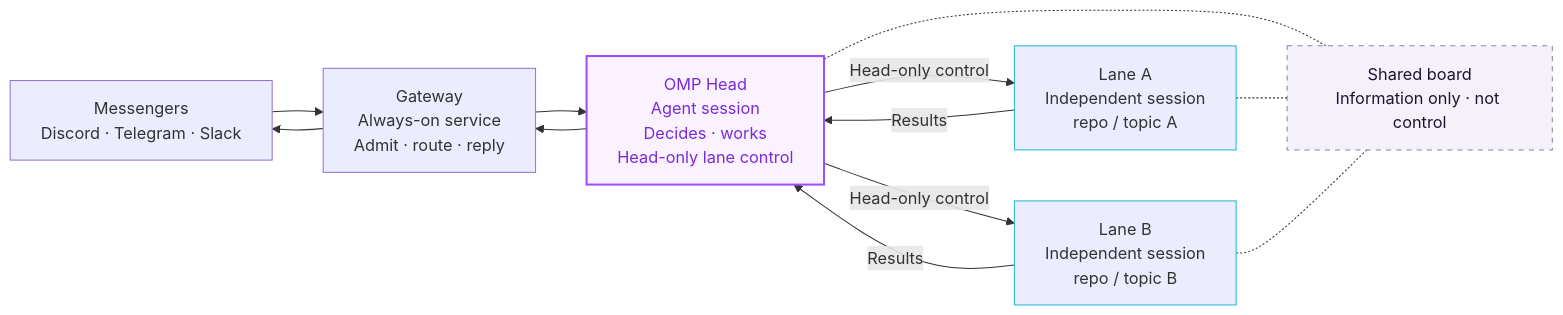
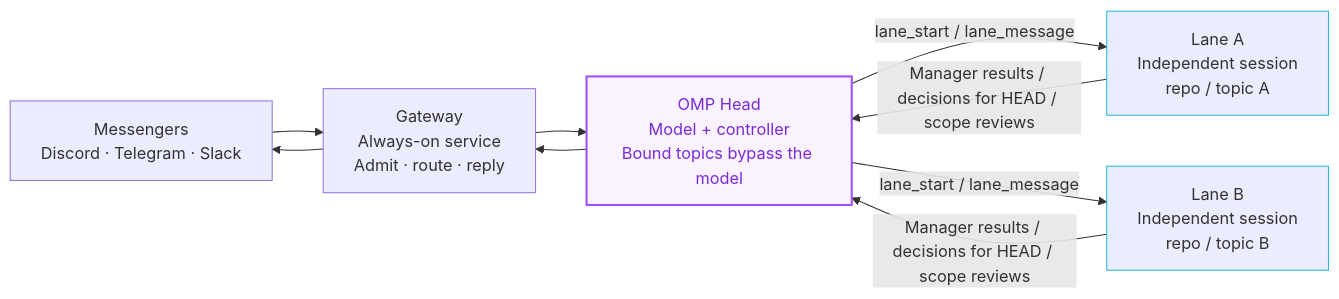
Before and after one commit to 1Morganmore/omp-superagent: the diagram in assets/architecture.mmd, drawn with Mermaid. The commit also changed 91 other files, not shown here.

First line of the commit message:
refactor: replace the board with direct lane communication and fix messenger commands

```diff
--- a/assets/architecture.mmd
+++ b/assets/architecture.mmd
@@ -1,26 +1,18 @@
 flowchart LR
     M["Messengers<br/>Discord · Telegram · Slack"]
     G["Gateway<br/>Always-on service<br/>Admit · route · reply"]
-    H["OMP Head<br/>Agent session<br/>Decides · works<br/>Head-only lane control"]
+    H["OMP Head<br/>Model + controller<br/>Bound topics bypass the model"]
     A["Lane A<br/>Independent session<br/>repo / topic A"]
     B["Lane B<br/>Independent session<br/>repo / topic B"]
-    S["Shared board<br/>Information only · not control"]
-
     M --> G
     G --> H
-    H -->|Head-only control| A
-    H -->|Head-only control| B
-    A -->|Results| H
-    B -->|Results| H
+    H -->|"lane_start / lane_message"| A
+    H -->|"lane_start / lane_message"| B
+    A -->|"Manager results / decisions for HEAD / scope reviews"| H
+    B -->|"Manager results / decisions for HEAD / scope reviews"| H
     H --> G
     G --> M
-    H -.- S
-    A -.- S
-    B -.- S
-
     classDef head fill:#faf3ff,stroke:#9c4ffb,color:#7a2bd6,stroke-width:2px
     classDef lane stroke:#22b8d4
-    classDef board fill:#f5f1fb,stroke:#8b82a3,color:#1d1530,stroke-dasharray:5 5
     class H head
     class A,B lane
-    class S board
```
